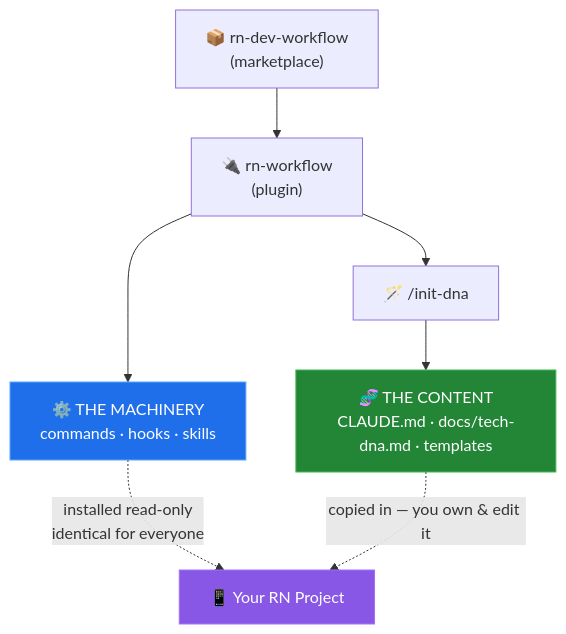
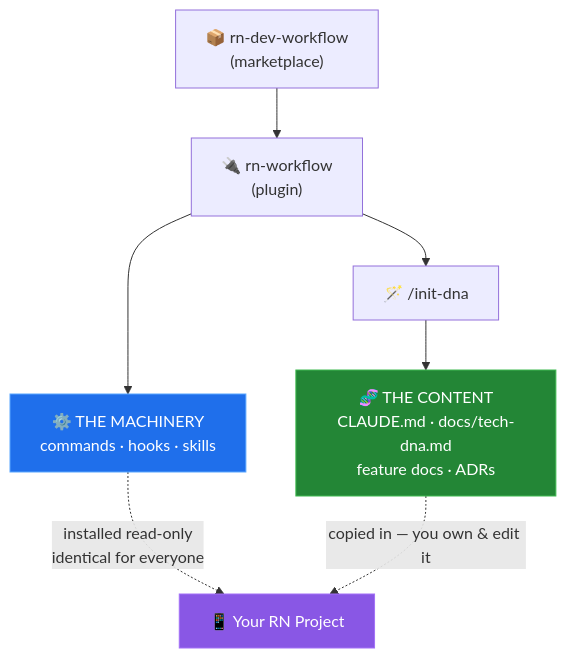
The first of 2 diagrams in README.md (parthil-savaliya-devx/rn-dev-workflow), drawn with Mermaid before and after one commit. The commit also changed other lines of this file and 2 other files, not shown here.

First line of the commit message:
docs(readme): document the automated flow and feature docs; fix stale steps

````diff
--- a/README.md
+++ b/README.md
@@ -81,13 +82,13 @@
 ```mermaid
 flowchart TD
     M["📦 rn-dev-workflow<br/>(marketplace)"] --> P["🔌 rn-workflow<br/>(plugin)"]
     P --> ENGINE["⚙️ THE MACHINERY<br/>commands · hooks · skills"]
     P --> INIT["🪄 /init-dna"]
-    INIT --> DOCS["🧬 THE CONTENT<br/>CLAUDE.md · docs/tech-dna.md · templates"]
+    INIT --> DOCS["🧬 THE CONTENT<br/>CLAUDE.md · docs/tech-dna.md<br/>feature docs · ADRs"]
     ENGINE -.->|installed read-only<br/>identical for everyone| REPO["📱 Your RN Project"]
     DOCS -.->|copied in — you own & edit it| REPO
 
     style ENGINE fill:#1f6feb,stroke:#58a6ff,color:#fff
     style DOCS fill:#238636,stroke:#3fb950,color:#fff
     style REPO fill:#8957e5,stroke:#a371f7,color:#fff
 ```
````
